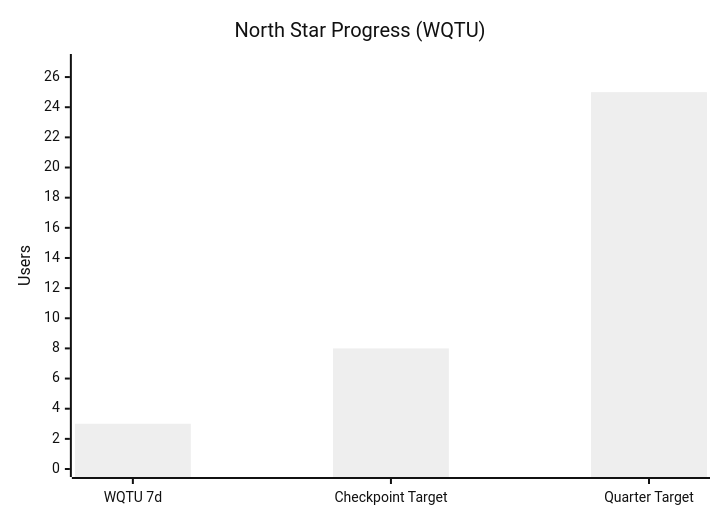
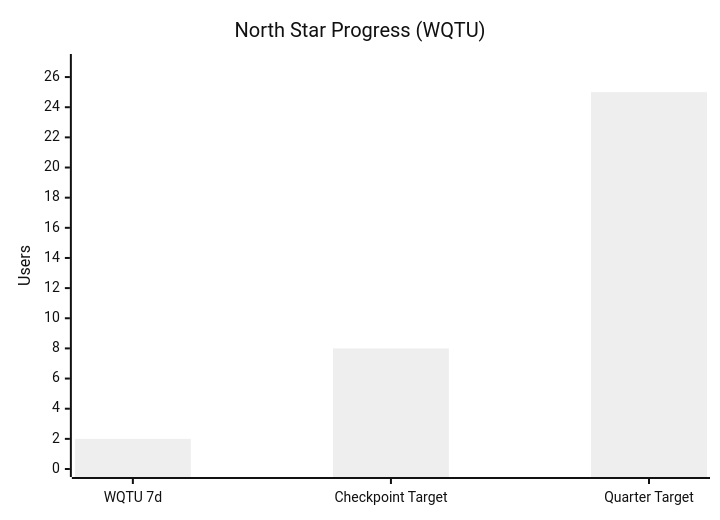
Before and after one commit to IgorGanapolsky/Random-Timer: the second of 4 diagrams in wiki/Paid-Acquisition.md, drawn with Mermaid (neutral theme). The commit also changed other lines of this file and 10 other files, not shown here.

````diff
--- a/wiki/Paid-Acquisition.md
+++ b/wiki/Paid-Acquisition.md
@@ -50,7 +50,7 @@
 ```mermaid
 xychart-beta
     title "North Star Progress (WQTU)"
     x-axis ["WQTU 7d" , "Checkpoint Target" , "Quarter Target"]
     y-axis "Users" 0 --> 27
-    bar [3 , 8 , 25]
+    bar [2 , 8 , 25]
 ```
````
